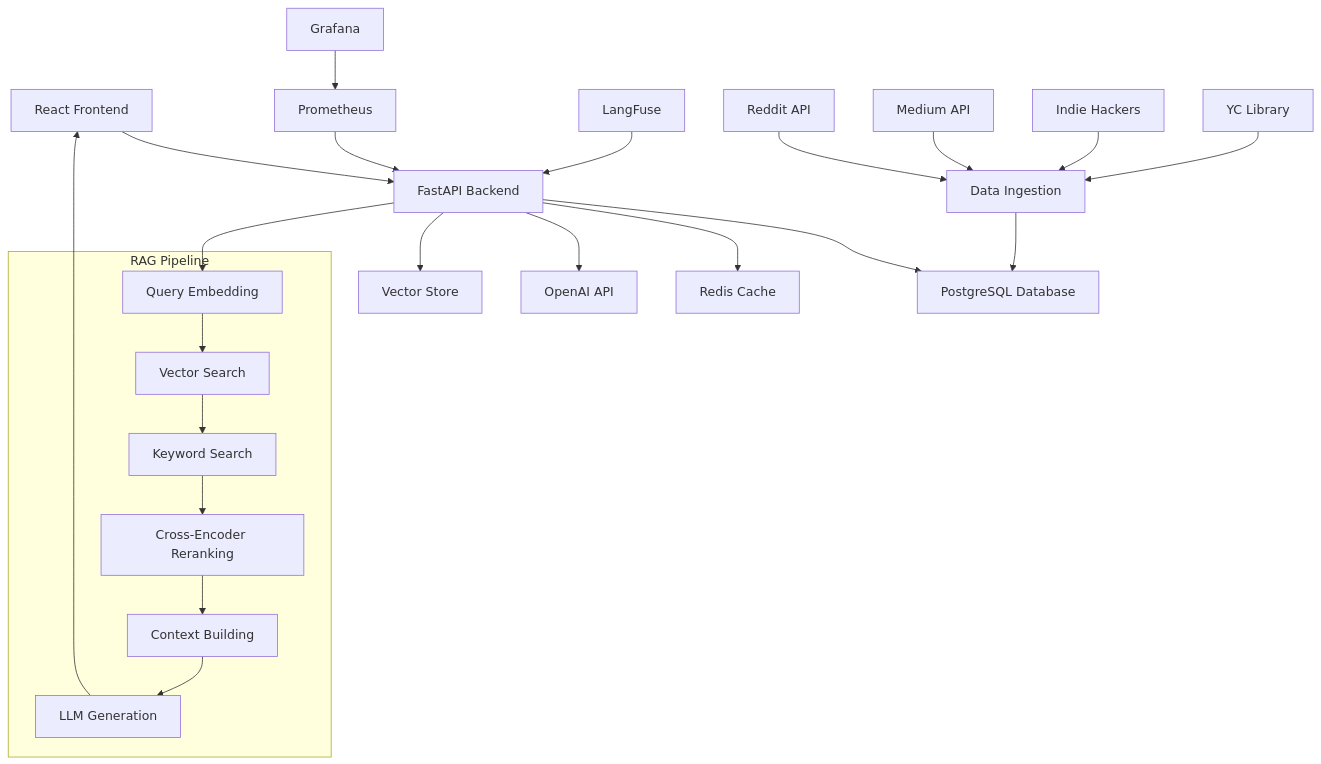
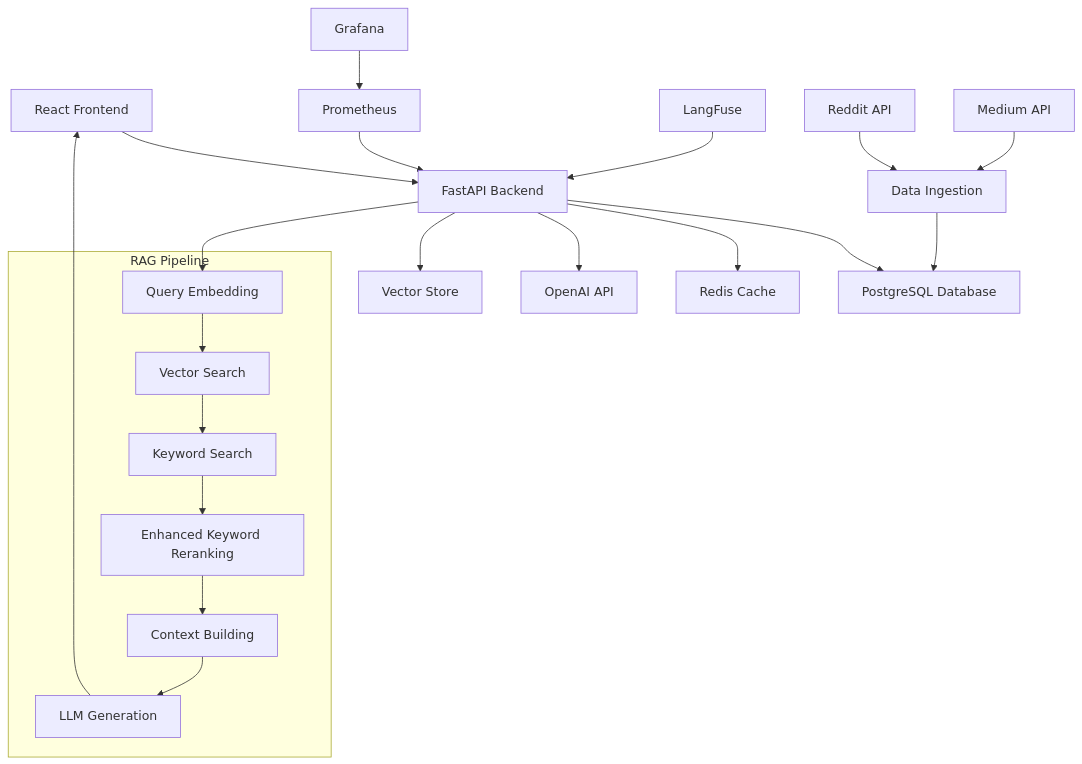
Before and after one commit to SadafFatma333/startupscout: the diagram in README.md, drawn with Mermaid. The commit also changed other lines of this file, not shown here.

````diff
--- a/README.md
+++ b/README.md
@@ -70,30 +69,28 @@
 ```mermaid
 graph TB
     A[React Frontend] --> B[FastAPI Backend]
     B --> C[PostgreSQL Database]
     B --> D[Redis Cache]
     B --> E[OpenAI API]
     B --> F[Vector Store]
 
     G[Prometheus] --> B
     H[LangFuse] --> B
     I[Grafana] --> G
 
     J[Reddit API] --> K[Data Ingestion]
     L[Medium API] --> K
-    M[Indie Hackers] --> K
-    N[YC Library] --> K
 
     K --> C
 
     subgraph "RAG Pipeline"
         O[Query Embedding] --> P[Vector Search]
         P --> Q[Keyword Search]
-        Q --> R[Cross-Encoder Reranking]
+        Q --> R[Enhanced Keyword Reranking]
         R --> S[Context Building]
         S --> T[LLM Generation]
     end
 
     B --> O
     T --> A
 ```
````
